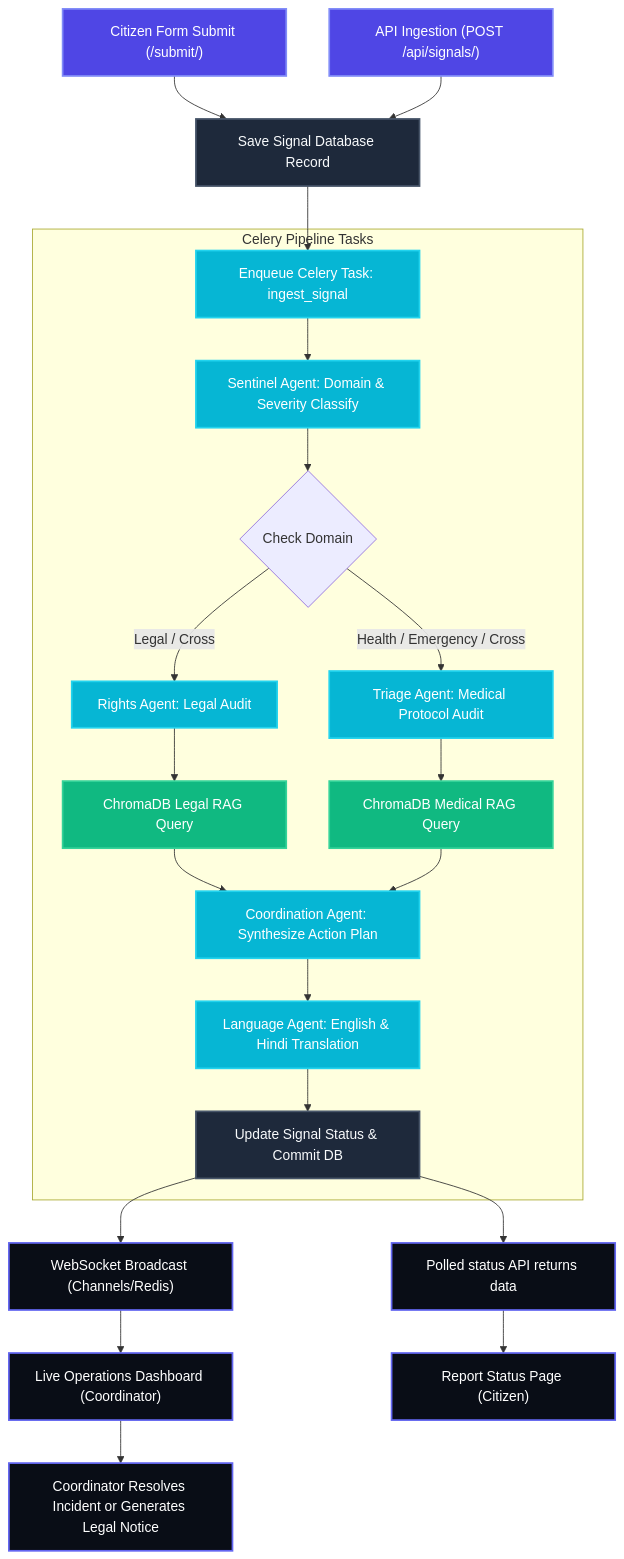
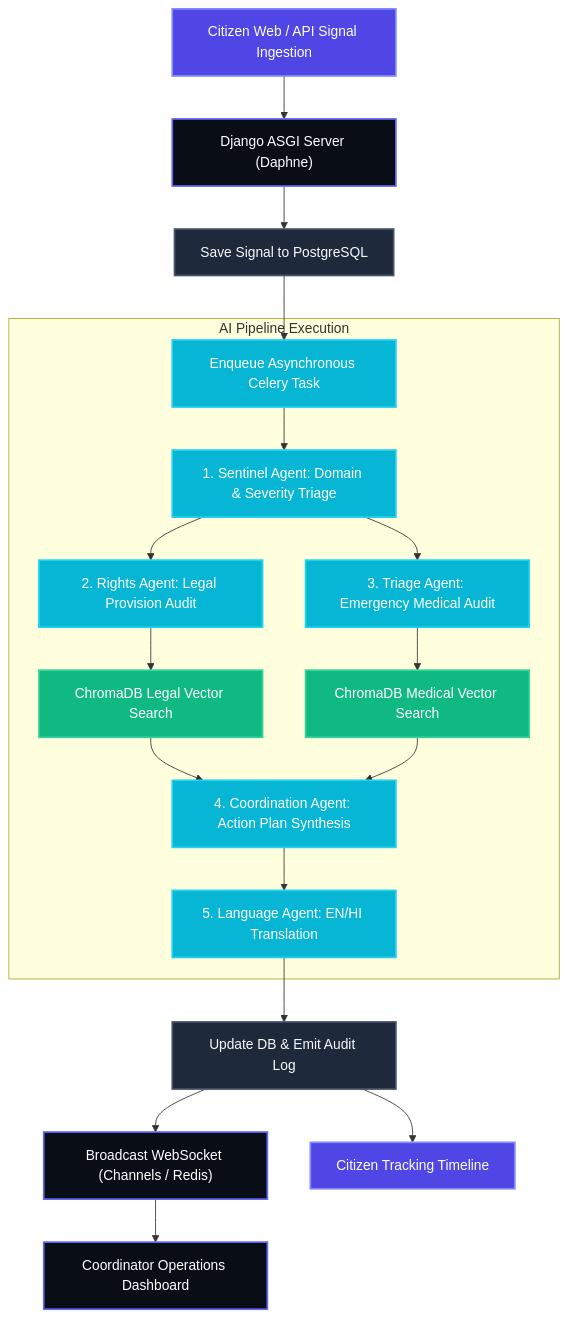
One commit to MunishUpadhyay/Prahari changed the diagram in README.md. Above: the diagram before and after it, drawn with Mermaid. The commit also changed other lines of this file and 19 other files, not shown here.

````diff
--- a/README.md
+++ b/README.md
@@ -13,38 +36,31 @@
 ```mermaid
 graph TD
-    classDef start fill:#4f46e5,stroke:#818cf8,stroke-width:2px,color:#fff;
-    classDef database fill:#1e293b,stroke:#475569,stroke-width:2px,color:#f8fafc;
+    classDef citizen fill:#4f46e5,stroke:#818cf8,stroke-width:2px,color:#fff;
+    classDef django fill:#090d16,stroke:#6366f1,stroke-width:2px,color:#fff;
     classDef celery fill:#06b6d4,stroke:#22d3ee,stroke-width:2px,color:#fff;
     classDef rag fill:#10b981,stroke:#34d399,stroke-width:2px,color:#fff;
-    classDef ui fill:#090d16,stroke:#6366f1,stroke-width:2px,color:#fff;
+    classDef db fill:#1e293b,stroke:#475569,stroke-width:2px,color:#f8fafc;
 
-    Start1["Citizen Form Submit (/submit/)"]:::start --> SigSave["Save Signal Database Record"]:::database
-    Start2["API Ingestion (POST /api/signals/)"]:::start --> SigSave
-    
-    SigSave --> CeleryTrigger["Enqueue Celery Task: ingest_signal"]:::celery
-    
-    subgraph Celery Pipeline Tasks
-        CeleryTrigger --> Agent1["Sentinel Agent: Domain & Severity Classify"]:::celery
-        Agent1 --> DomainCheck{"Check Domain"}
+    CitizenIn["Citizen Web / API Signal Ingestion"]:::citizen --> DjangoWeb["Django ASGI Server (Daphne)"]:::django
+    DjangoWeb --> SaveDB["Save Signal to PostgreSQL"]:::db
+    SaveDB --> EnqueueCelery["Enqueue Asynchronous Celery Task"]:::celery
+
+    subgraph AI Pipeline Execution
+        EnqueueCelery --> Sentinel["1. Sentinel Agent: Domain & Severity Triage"]:::celery
+        Sentinel --> Rights["2. Rights Agent: Legal Provision Audit"]:::celery
+        Sentinel --> Triage["3. Triage Agent: Emergency Medical Audit"]:::celery
         
-        DomainCheck -- "Legal / Cross" --> Agent2["Rights Agent: Legal Audit"]:::celery
-        DomainCheck -- "Health / Emergency / Cross" --> Agent3["Triage Agent: Medical Protocol Audit"]:::celery
+        Rights --> LegalRAG["ChromaDB Legal Vector Search"]:::rag
+        Triage --> MedicalRAG["ChromaDB Medical Vector Search"]:::rag
         
-        Agent2 --> RAG1["ChromaDB Legal RAG Query"]:::rag
-        Agent3 --> RAG2["ChromaDB Medical RAG Query"]:::rag
+        LegalRAG --> Coord["4. Coordination Agent: Action Plan Synthesis"]:::celery
+        MedicalRAG --> Coord
         
-        RAG1 --> Agent4["Coordination Agent: Synthesize Action Plan"]:::celery
-        RAG2 --> Agent4
-        
-        Agent4 --> Agent5["Language Agent: English & Hindi Translation"]:::celery
-        Agent5 --> EndPipeline["Update Signal Status & Commit DB"]:::database
+        Coord --> Lang["5. Language Agent: EN/HI Translation"]:::celery
     end
-    
-    EndPipeline --> WS["WebSocket Broadcast (Channels/Redis)"]:::ui
-    EndPipeline --> APIStatus["Polled status API returns data"]:::ui
-    
-    WS --> Dashboard["Live Operations Dashboard (Coordinator)"]:::ui
-    APIStatus --> ReportPage["Report Status Page (Citizen)"]:::ui
-    
-    Dashboard --> Action["Coordinator Resolves Incident or Generates Legal Notice"]:::ui
+
+    Lang --> CommitDB["Update DB & Emit Audit Log"]:::db
+    CommitDB --> WSBroadcast["Broadcast WebSocket (Channels / Redis)"]:::django
+    WSBroadcast --> CoordDashboard["Coordinator Operations Dashboard"]:::django
+    CommitDB --> CitizenStatus["Citizen Tracking Timeline"]:::citizen
 ```
````
